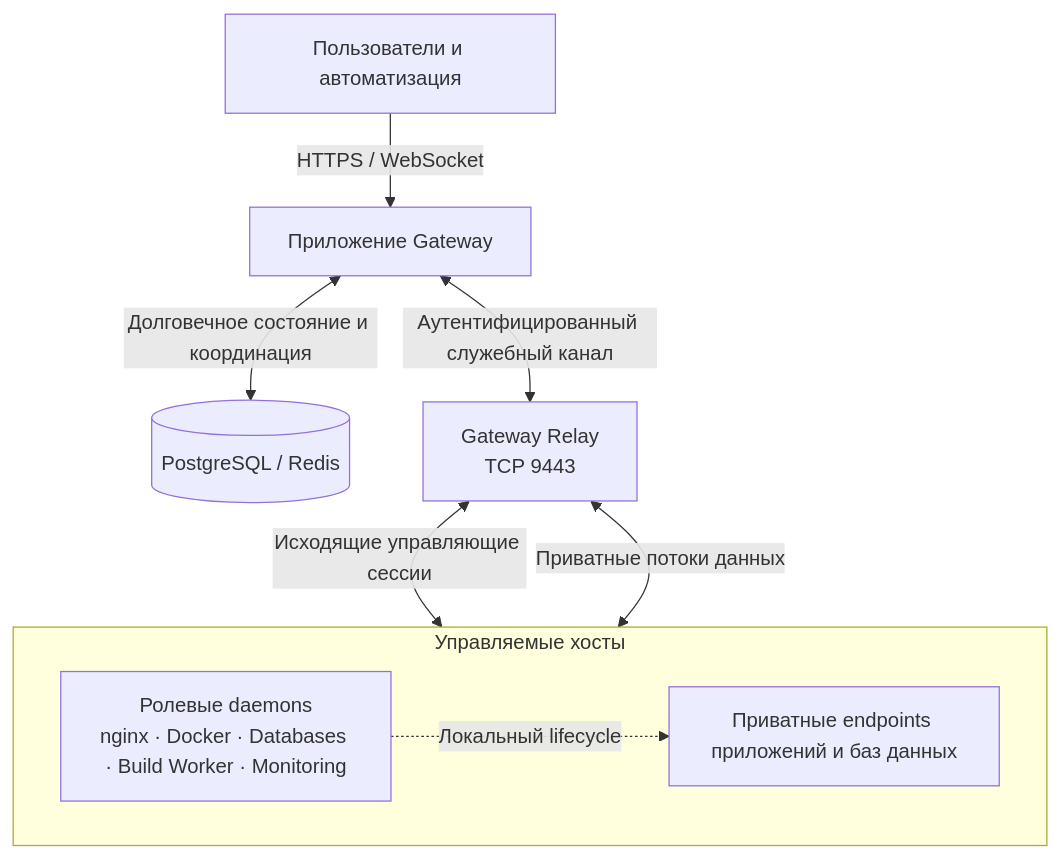
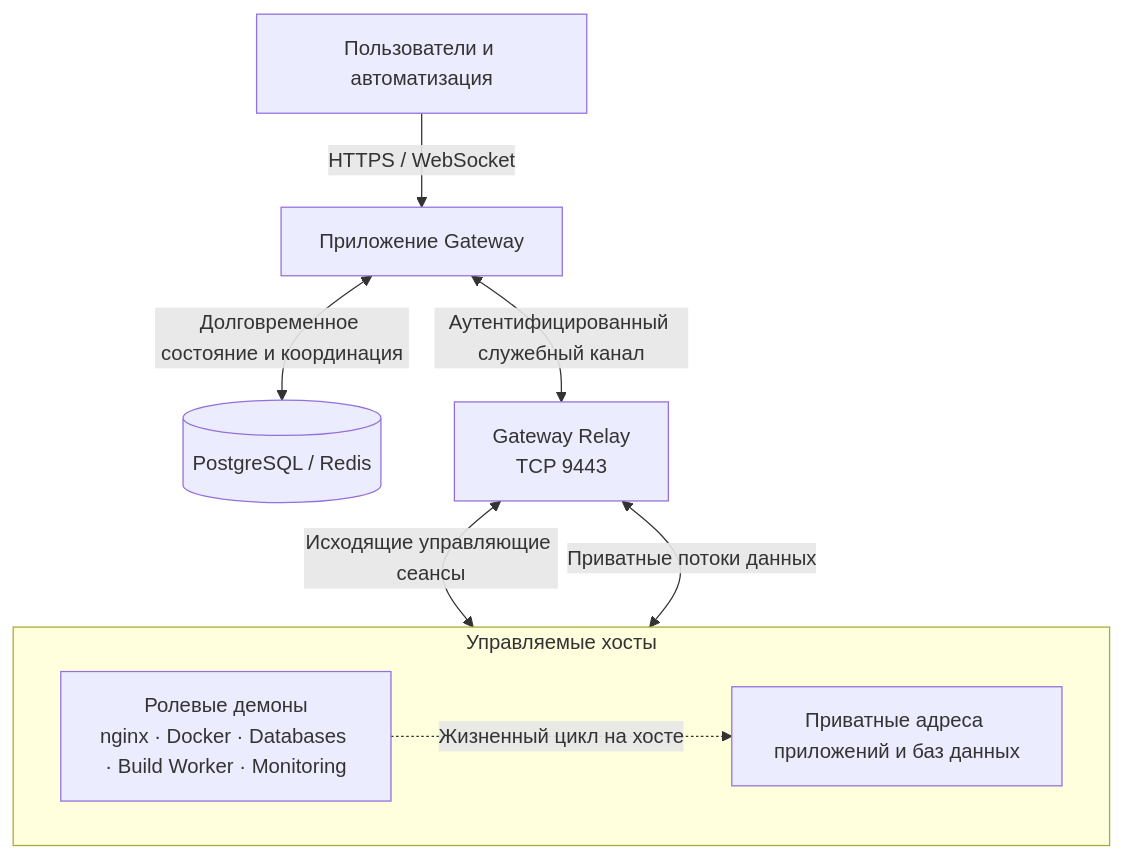
Before and after one commit to the-square-labs/gateway-docs: the diagram in src/content/docs/ru/concepts/architecture.mdx, drawn with Mermaid. The commit also changed other lines of this file and 74 other files, not shown here.

````diff
--- a/src/content/docs/ru/concepts/architecture.mdx
+++ b/src/content/docs/ru/concepts/architecture.mdx
@@ -13,16 +13,16 @@
 ```mermaid
 flowchart TB
     users["Пользователи и автоматизация"] -->|"HTTPS / WebSocket"| gateway["Приложение Gateway"]
-    gateway <-->|"Долговечное состояние и координация"| state[("PostgreSQL / Redis")]
+    gateway <-->|"Долговременное состояние и координация"| state[("PostgreSQL / Redis")]
     gateway <-->|"Аутентифицированный служебный канал"| relay["Gateway Relay<br/>TCP 9443"]
 
     subgraph hosts["Управляемые хосты"]
         direction LR
-        daemons["Ролевые daemons<br/>nginx · Docker · Databases · Build Worker · Monitoring"]
-        workloads["Приватные endpoints приложений и баз данных"]
-        daemons -.->|"Локальный lifecycle"| workloads
+        daemons["Ролевые демоны<br/>nginx · Docker · Databases · Build Worker · Monitoring"]
+        workloads["Приватные адреса приложений и баз данных"]
+        daemons -.->|"Жизненный цикл на хосте"| workloads
     end
 
-    relay <-->|"Исходящие управляющие сессии"| daemons
+    relay <-->|"Исходящие управляющие сеансы"| daemons
     relay <-->|"Приватные потоки данных"| workloads
 ```
````
